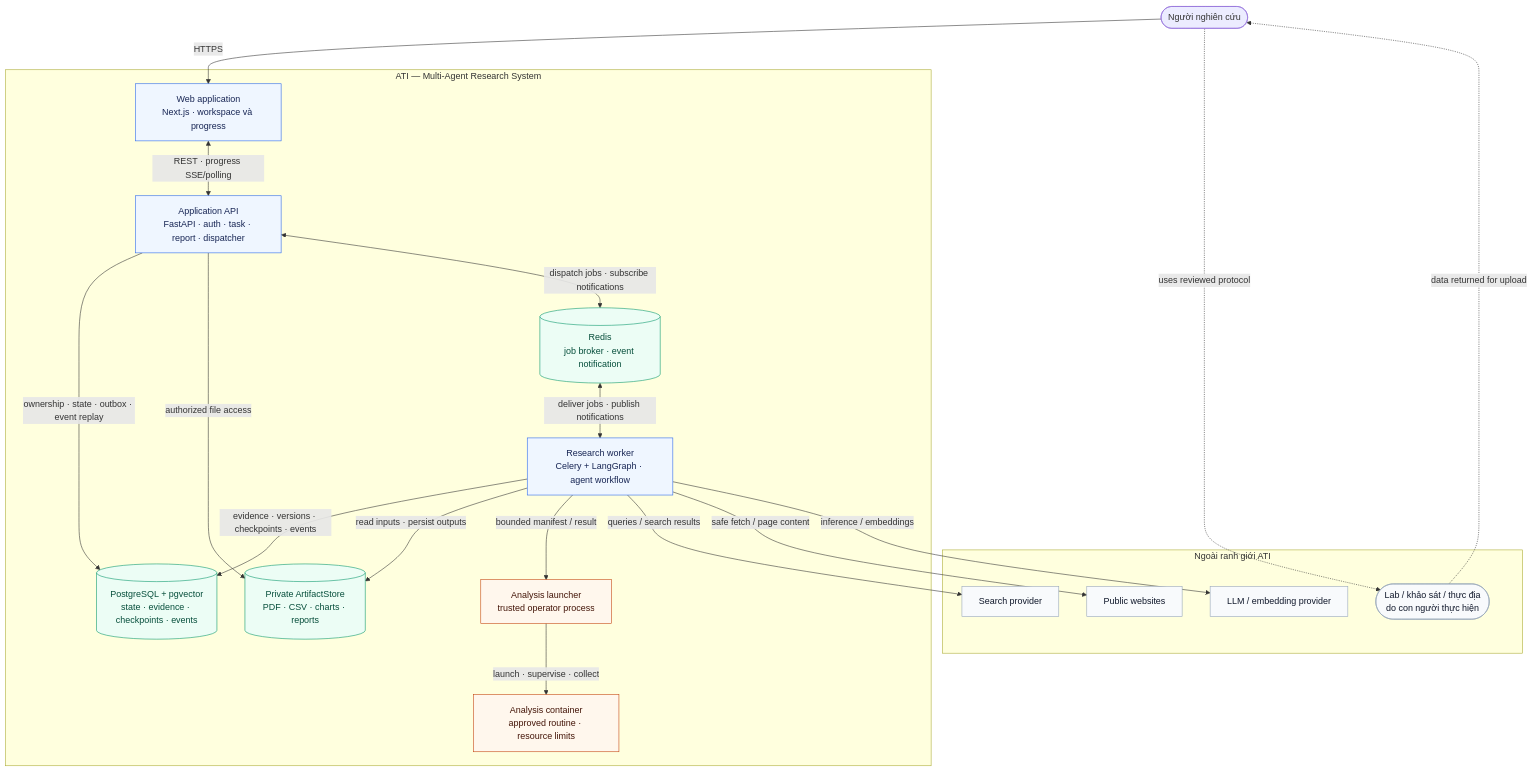
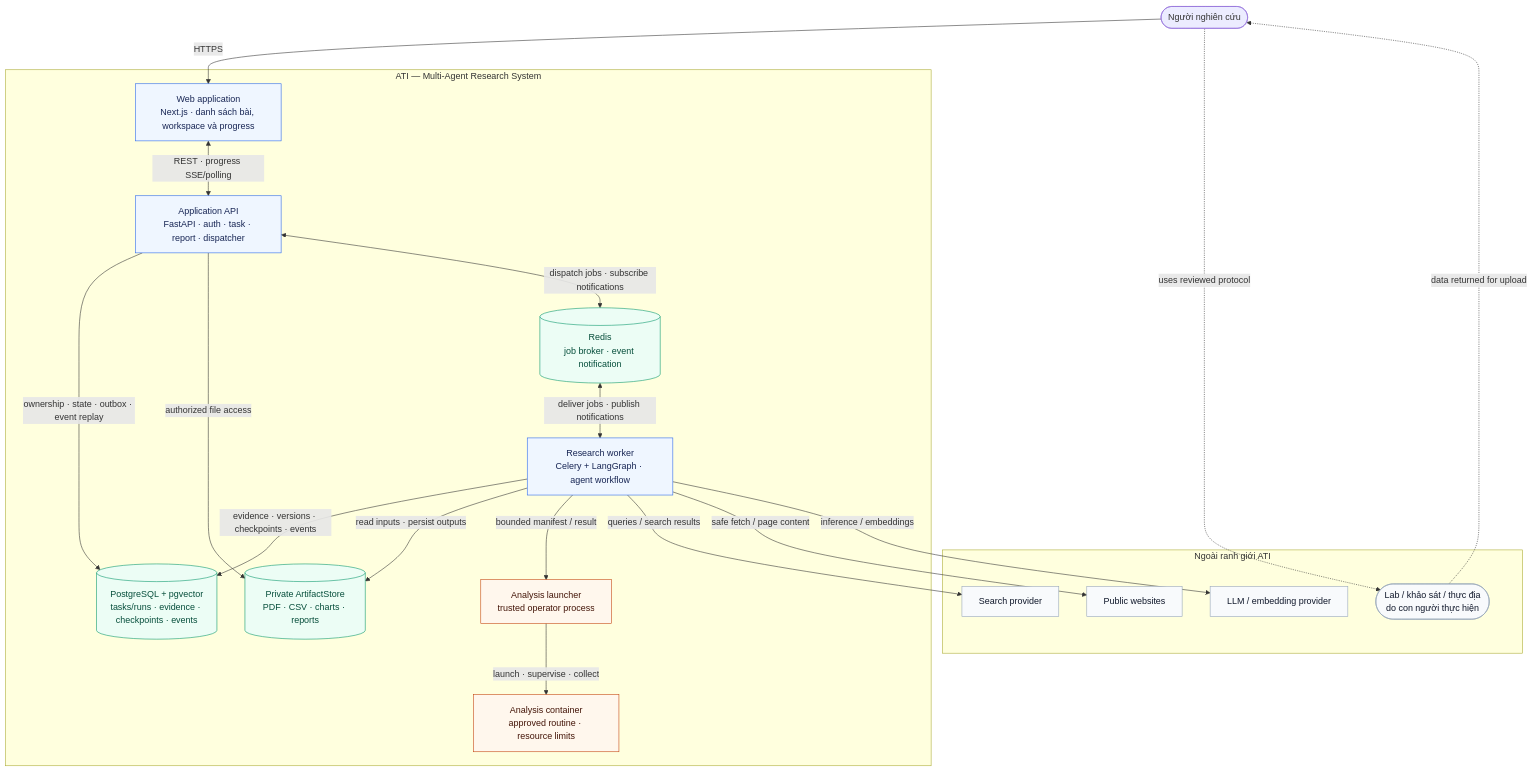
Before and after one commit to NguyenChien536/Multi-Agent-Research-System: the first of 7 diagrams in docs/architecture/system-design.md, drawn with Mermaid. The commit also changed other lines of this file and 17 other files, not shown here.

Commit message:
docs: define article-first multi-task research flow

````diff
--- a/docs/architecture/system-design.md
+++ b/docs/architecture/system-design.md
@@ -15,47 +15,47 @@
 ```mermaid
 flowchart TB
     User(["Người nghiên cứu"])
 
     subgraph ATI["ATI — Multi-Agent Research System"]
-        UI["Web application<br/>Next.js · workspace và progress"]
+        UI["Web application<br/>Next.js · danh sách bài, workspace và progress"]
         API["Application API<br/>FastAPI · auth · task · report · dispatcher"]
         Worker["Research worker<br/>Celery + LangGraph · agent workflow"]
         Redis[("Redis<br/>job broker · event notification")]
-        DB[("PostgreSQL + pgvector<br/>state · evidence · checkpoints · events")]
+        DB[("PostgreSQL + pgvector<br/>tasks/runs · evidence · checkpoints · events")]
         Files[("Private ArtifactStore<br/>PDF · CSV · charts · reports")]
         Launcher["Analysis launcher<br/>trusted operator process"]
         Runner["Analysis container<br/>approved routine · resource limits"]
     end
 
     subgraph Outside["Ngoài ranh giới ATI"]
         Search["Search provider"]
         Web["Public websites"]
         Models["LLM / embedding provider"]
         Human(["Lab / khảo sát / thực địa<br/>do con người thực hiện"])
     end
 
     User -->|"HTTPS"| UI
     UI <-->|"REST · progress SSE/polling"| API
     API -->|"ownership · state · outbox · event replay"| DB
     API -->|"authorized file access"| Files
     API <-->|"dispatch jobs · subscribe notifications"| Redis
     Redis <-->|"deliver jobs · publish notifications"| Worker
     Worker -->|"evidence · versions · checkpoints · events"| DB
     Worker -->|"read inputs · persist outputs"| Files
     Worker -->|"bounded manifest / result"| Launcher
     Launcher -->|"launch · supervise · collect"| Runner
     Worker -->|"queries / search results"| Search
     Worker -->|"safe fetch / page content"| Web
     Worker -->|"inference / embeddings"| Models
     User -.->|"uses reviewed protocol"| Human
     Human -.->|"data returned for upload"| User
 
     classDef app fill:#eff6ff,stroke:#2563eb,color:#172554
     classDef store fill:#ecfdf5,stroke:#059669,color:#064e3b
     classDef execution fill:#fff7ed,stroke:#c2410c,color:#431407
     classDef external fill:#f8fafc,stroke:#94a3b8,color:#0f172a
     class UI,API,Worker app
     class DB,Files,Redis store
     class Launcher,Runner execution
     class Search,Web,Models,Human external
 ```
````
